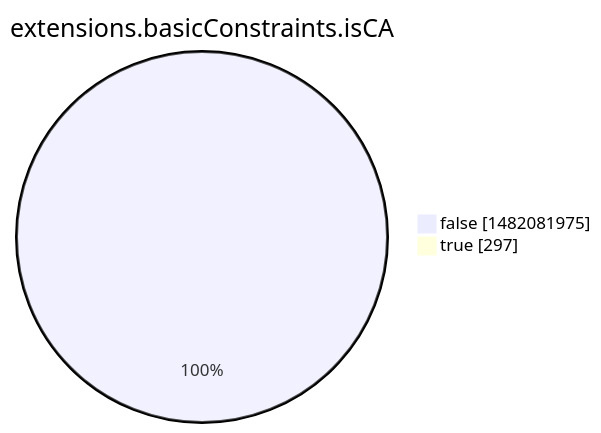
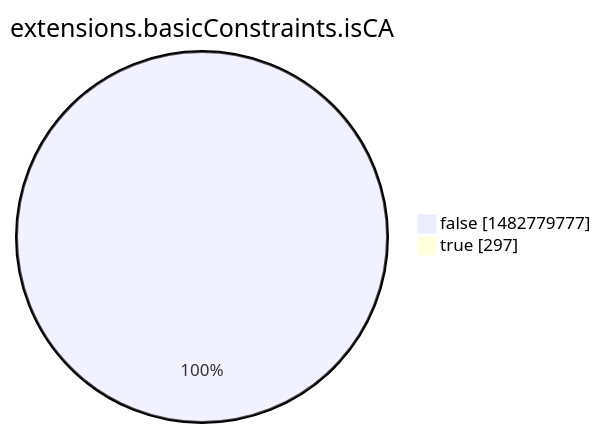
One commit to christiankrug/ctmonitor_visualization changed the eighth of 15 diagrams in argon2022/README.md. Above: the diagram before and after it, drawn with Mermaid. The commit also changed other lines of this file, not shown here.

````diff
--- a/argon2022/README.md
+++ b/argon2022/README.md
@@ -2760,6 +2760,6 @@
 ```mermaid
 pie showData
 title extensions.basicConstraints.isCA
-"false" :1482081975
+"false" :1482779777
 "true" :297
 ```
````
